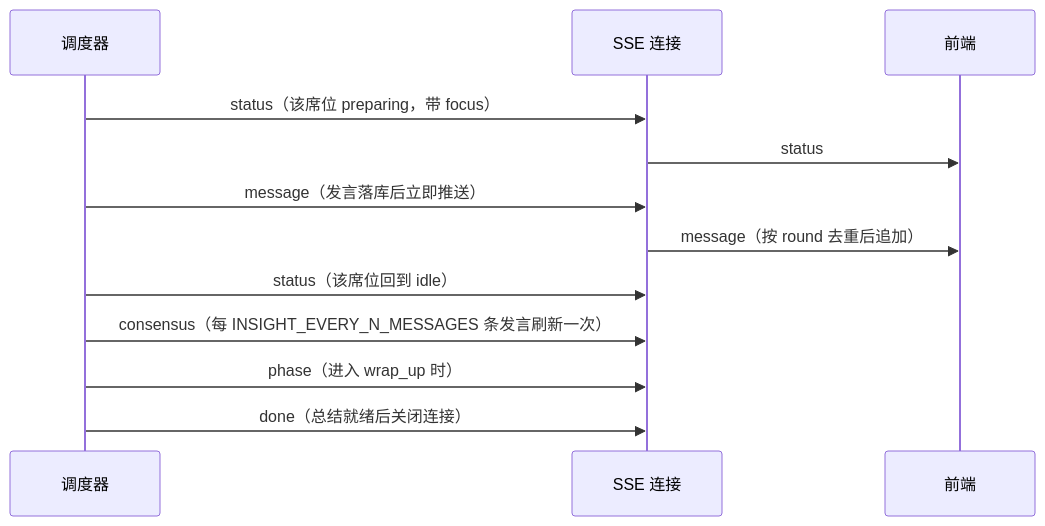
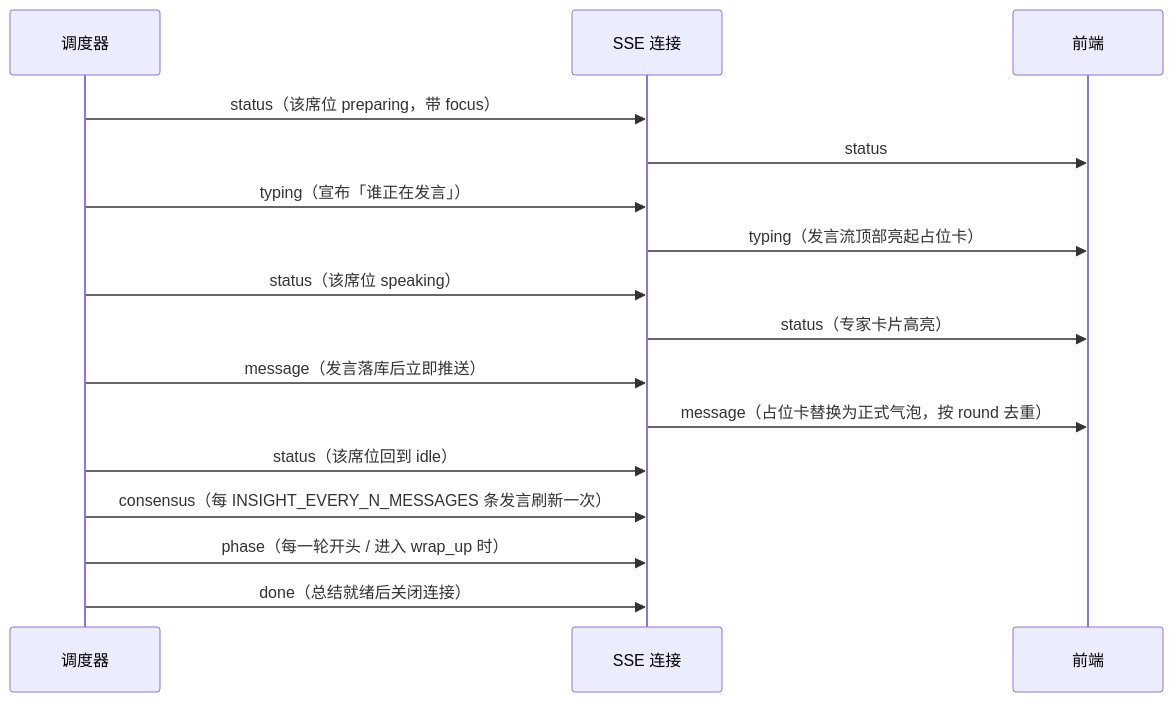
Before and after one commit to Ever15554265656/AI-Table-Talk: the diagram in docs/API.md, drawn with Mermaid. The commit also changed other lines of this file and 48 other files, not shown here.

````diff
--- a/docs/API.md
+++ b/docs/API.md
@@ -360,14 +380,18 @@
 ```mermaid
 sequenceDiagram
     participant S as 调度器
     participant C as SSE 连接
     participant F as 前端
     S->>C: status（该席位 preparing，带 focus）
     C->>F: status
+    S->>C: typing（宣布「谁正在发言」）
+    C->>F: typing（发言流顶部亮起占位卡）
+    S->>C: status（该席位 speaking）
+    C->>F: status（专家卡片高亮）
     S->>C: message（发言落库后立即推送）
-    C->>F: message（按 round 去重后追加）
+    C->>F: message（占位卡替换为正式气泡，按 round 去重）
     S->>C: status（该席位回到 idle）
     S->>C: consensus（每 INSIGHT_EVERY_N_MESSAGES 条发言刷新一次）
-    S->>C: phase（进入 wrap_up 时）
+    S->>C: phase（每一轮开头 / 进入 wrap_up 时）
     S->>C: done（总结就绪后关闭连接）
 ```
````
